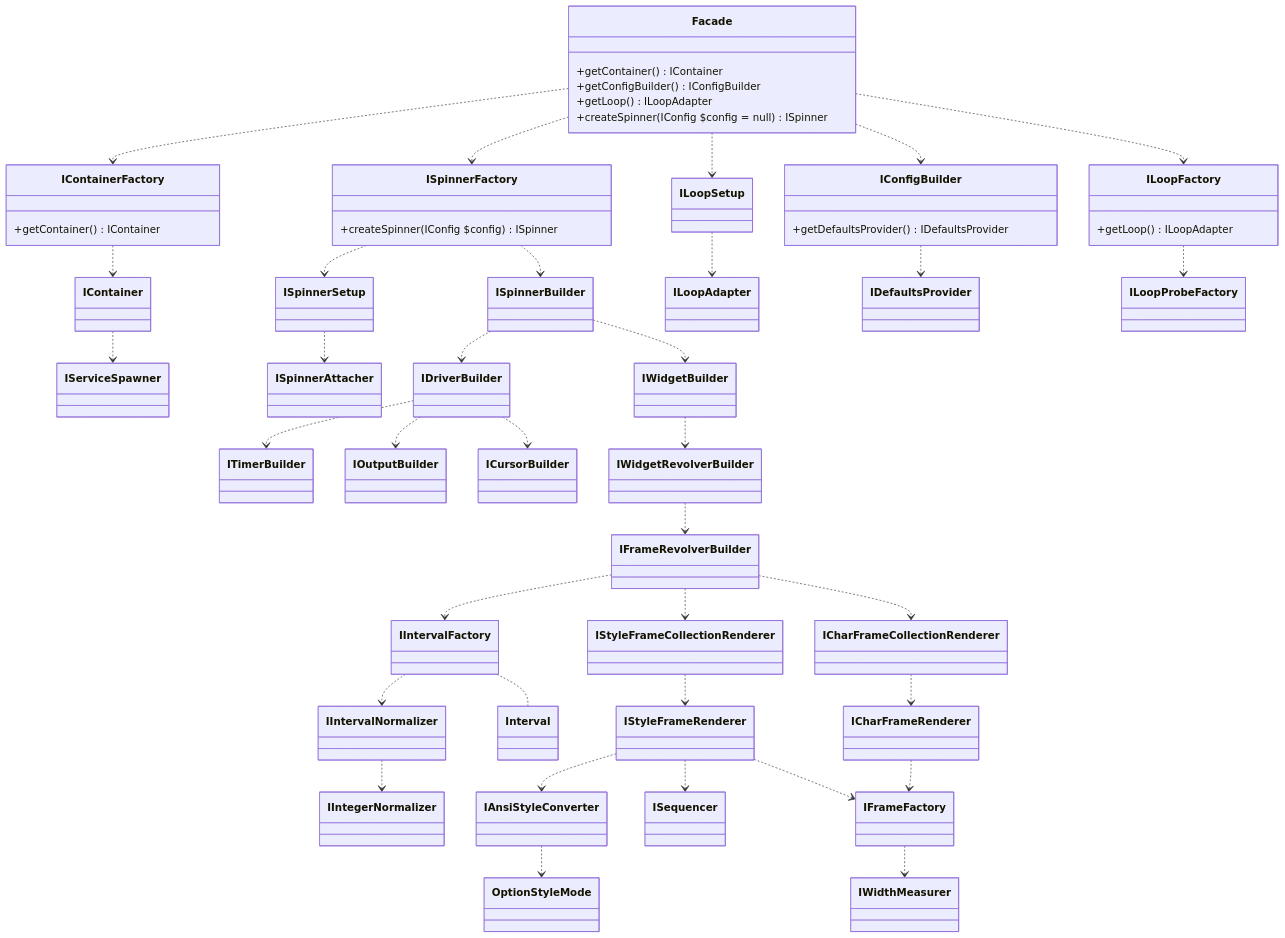
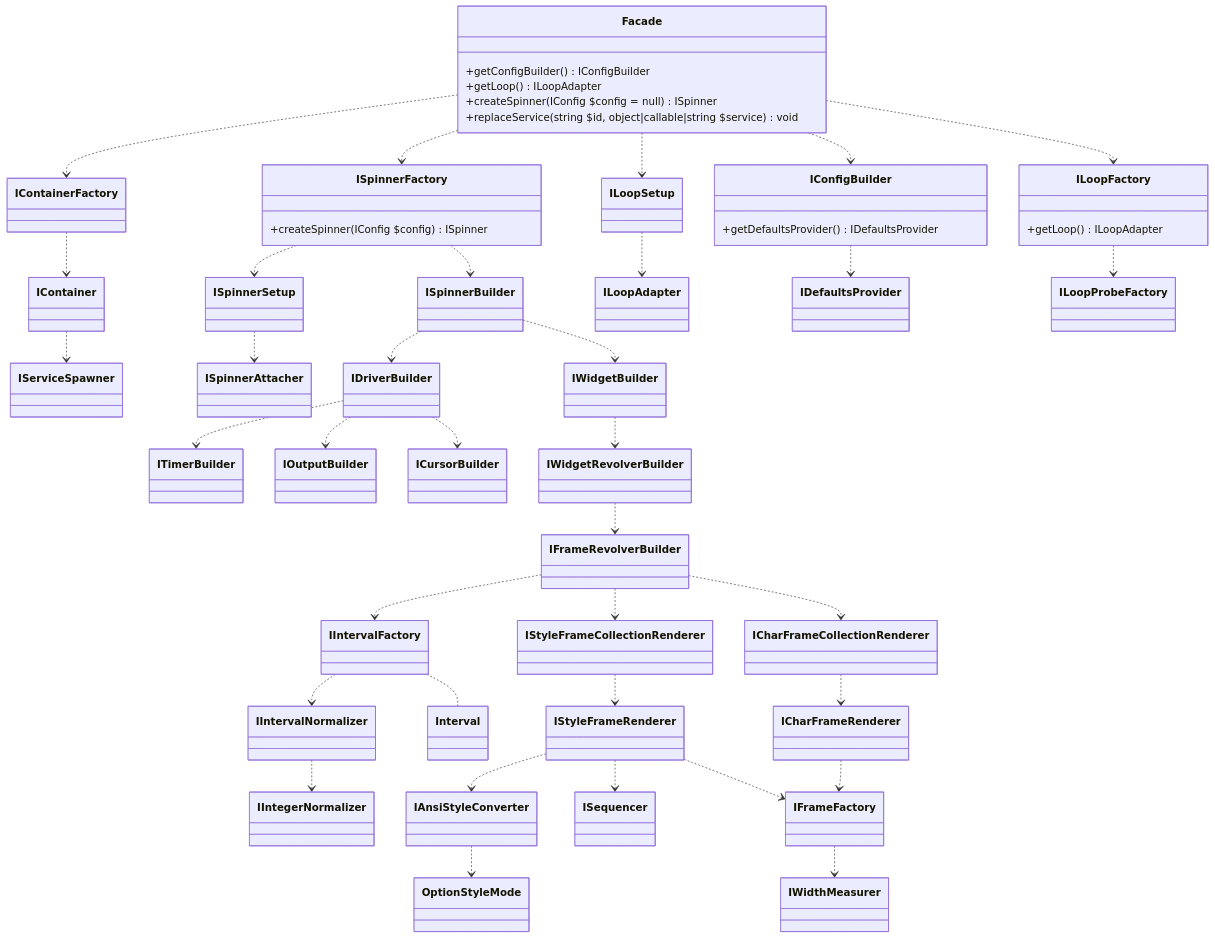
The diagram in doc/info/chart/services.md (alecrabbit/php-console-spinner), drawn with Mermaid before and after one commit. The commit also changed 36 other files, not shown here.

````diff
--- a/doc/info/chart/services.md
+++ b/doc/info/chart/services.md
@@ -3,84 +3,80 @@
 ```mermaid
 classDiagram
     direction TB
     Facade ..> IContainerFactory
     Facade ..> IConfigBuilder
     Facade ..> ISpinnerFactory
     Facade ..> ILoopFactory
     Facade ..> ILoopSetup
    
 
     class Facade {
-        +getContainer() IContainer
         +getConfigBuilder() IConfigBuilder
         +getLoop() ILoopAdapter
         +createSpinner(IConfig $config = null) ISpinner
+        +replaceService(string $id, object|callable|string $service) void
     }
     
     IContainerFactory ..> IContainer
-
-    class IContainerFactory {
-        +getContainer() IContainer
-    }
     
     IContainer ..> IServiceSpawner
 
     ISpinnerFactory ..> ISpinnerBuilder
     ISpinnerFactory ..> ISpinnerSetup
 
     ILoopSetup ..> ILoopAdapter
 
     ISpinnerSetup ..> ISpinnerAttacher
 
     class ISpinnerFactory {
         +createSpinner(IConfig $config) ISpinner
     }
     
     IConfigBuilder ..> IDefaultsProvider
     
     class IConfigBuilder {
         +getDefaultsProvider() IDefaultsProvider
     }
     
     ILoopFactory ..> ILoopProbeFactory
 
     class ILoopFactory {
         +getLoop() ILoopAdapter
     }
     
     ISpinnerBuilder ..> IDriverBuilder
     ISpinnerBuilder ..> IWidgetBuilder
 
     IDriverBuilder ..> ITimerBuilder
     IDriverBuilder ..> IOutputBuilder
     IDriverBuilder ..> ICursorBuilder
 
     IWidgetBuilder ..> IWidgetRevolverBuilder
 
     IWidgetRevolverBuilder ..> IFrameRevolverBuilder
 
     IFrameRevolverBuilder ..> IStyleFrameCollectionRenderer
     IFrameRevolverBuilder ..> ICharFrameCollectionRenderer
     IFrameRevolverBuilder ..> IIntervalFactory
 
     IIntervalFactory ..> IIntervalNormalizer
     IIntervalFactory .. Interval
 
     IIntervalNormalizer ..> IIntegerNormalizer
 
     IStyleFrameCollectionRenderer ..> IStyleFrameRenderer
 
     ICharFrameCollectionRenderer ..> ICharFrameRenderer
 
     IStyleFrameRenderer ..> IAnsiStyleConverter
     IStyleFrameRenderer ..> ISequencer
     IStyleFrameRenderer ..> IFrameFactory
     
     ICharFrameRenderer ..> IFrameFactory
 
     IAnsiStyleConverter ..> OptionStyleMode
 
     IFrameFactory ..> IWidthMeasurer
 
 
 ```
````
